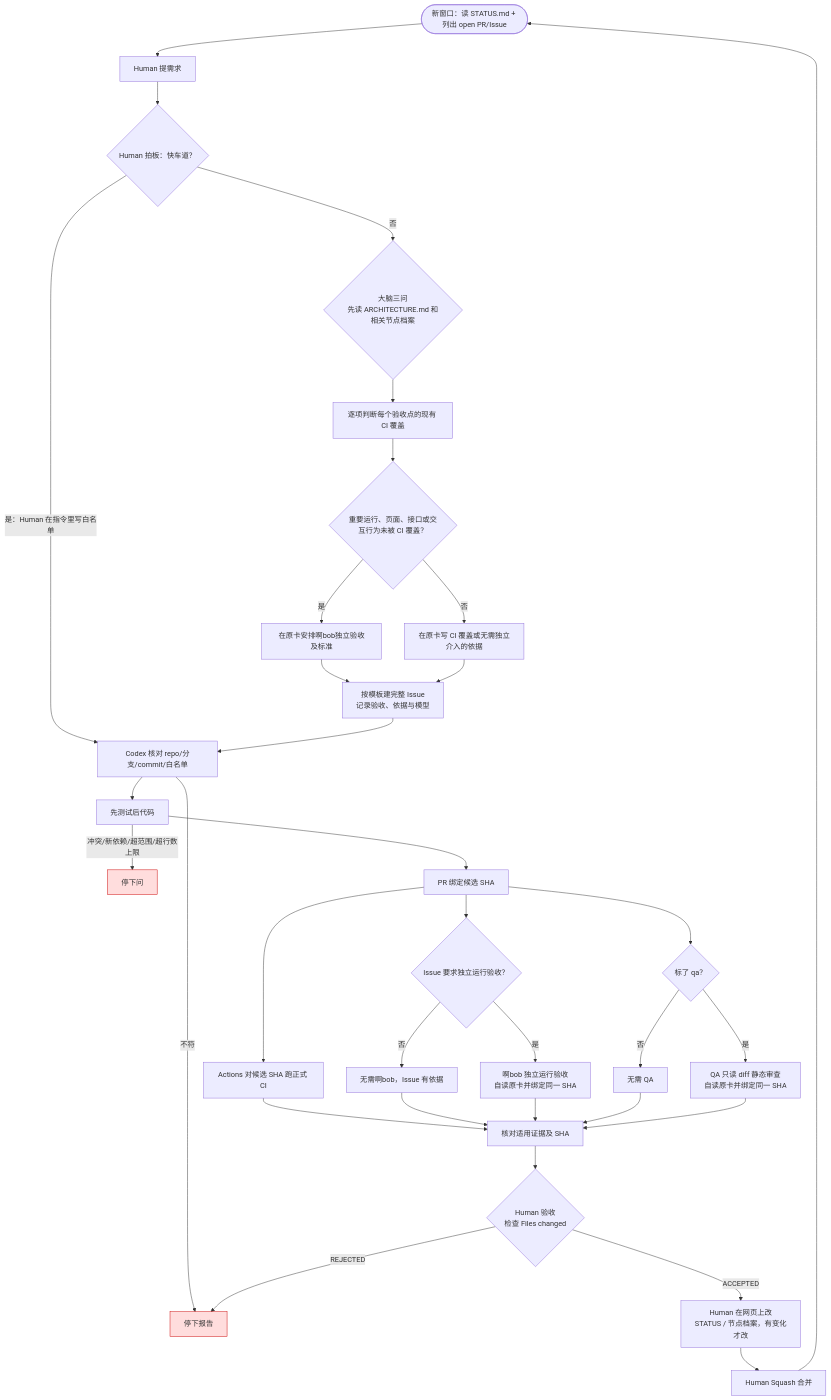
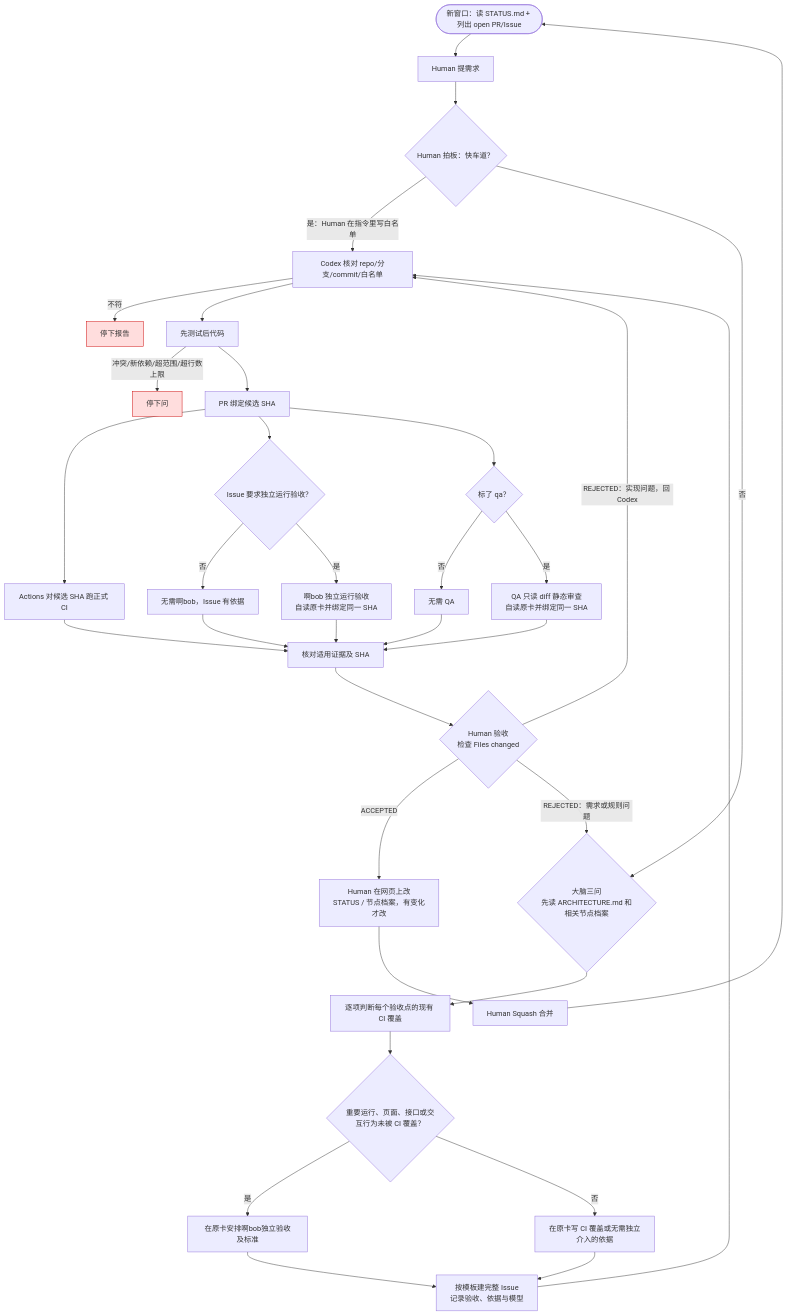
One commit to zwmhua/Solo-Flow changed the diagram in WORKFLOW.md. Above: the diagram before and after it, drawn with Mermaid. The commit also changed other lines of this file and 1 other file, not shown here.

````diff
--- a/WORKFLOW.md
+++ b/WORKFLOW.md
@@ -50,38 +50,39 @@
 ```mermaid
 flowchart TD
     S([新窗口：读 STATUS.md + 列出 open PR/Issue]) --> A[Human 提需求]
     A --> FAST{Human 拍板：快车道？}
     FAST -->|是：Human 在指令里写白名单| G
     FAST -->|否| BRAIN{大脑三问<br>先读 ARCHITECTURE.md 和相关节点档案}
     BRAIN --> COVER[逐项判断每个验收点的现有 CI 覆盖]
     COVER --> NEED{重要运行、页面、接口或交互行为未被 CI 覆盖？}
     NEED -->|是| BOBREQ[在原卡安排啊bob独立验收及标准]
     NEED -->|否| BASIS[在原卡写 CI 覆盖或无需独立介入的依据]
     BOBREQ --> I[按模板建完整 Issue<br>记录验收、依据与模型]
     BASIS --> I
     I --> G[Codex 核对 repo/分支/commit/白名单]
     G -->|不符| X1[停下报告]
     G --> TEST[先测试后代码]
     TEST -->|冲突/新依赖/超范围/超行数上限| X2[停下问]
     TEST --> P[PR 绑定候选 SHA]
     P --> CI[Actions 对候选 SHA 跑正式 CI]
     P --> BOB{Issue 要求独立运行验收？}
     BOB -->|否| SKIPBOB[无需啊bob，Issue 有依据]
     BOB -->|是| RUN[啊bob 独立运行验收<br>自读原卡并绑定同一 SHA]
     P --> QA{标了 qa？}
     QA -->|否| SKIPQA[无需 QA]
     QA -->|是| REVIEW[QA 只读 diff 静态审查<br>自读原卡并绑定同一 SHA]
     CI --> EVID[核对适用证据及 SHA]
     SKIPBOB --> EVID
     RUN --> EVID
     SKIPQA --> EVID
     REVIEW --> EVID
     EVID --> HUMAN{Human 验收<br>检查 Files changed}
     HUMAN -->|ACCEPTED| W[Human 在网页上改<br>STATUS / 节点档案，有变化才改]
-    HUMAN -->|REJECTED| X1
+    HUMAN -->|REJECTED：实现问题，回 Codex| G
+    HUMAN -->|REJECTED：需求或规则问题| BRAIN
     W --> M[Human Squash 合并]
     M --> S
 
     classDef stop fill:#fdd,stroke:#c00
     class X1,X2 stop
 ```
````
